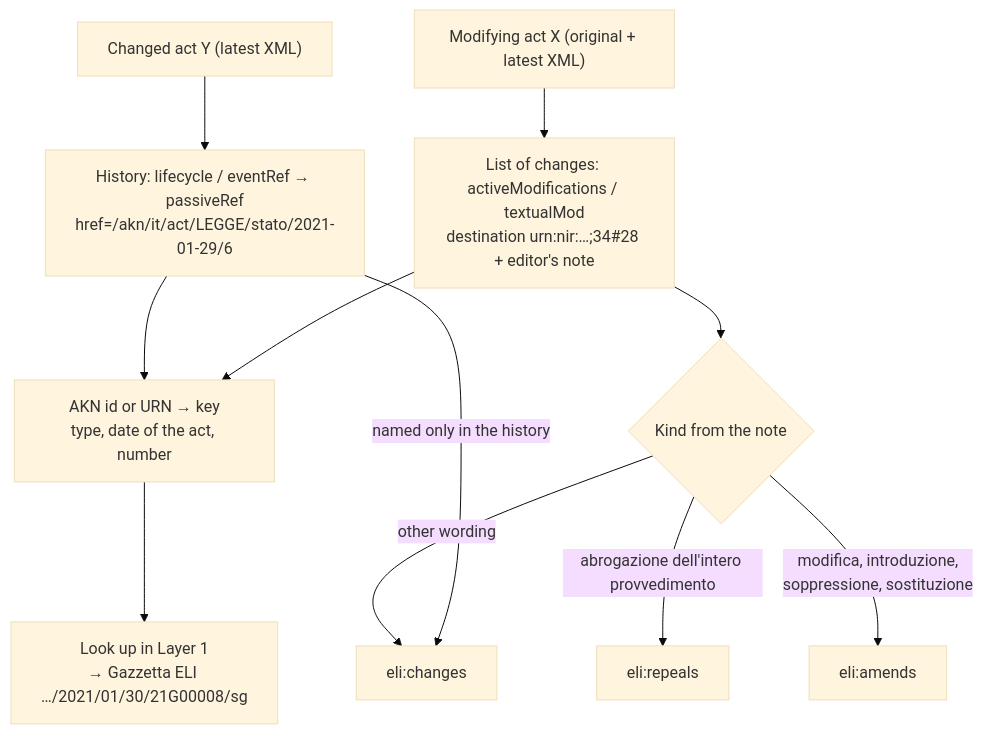
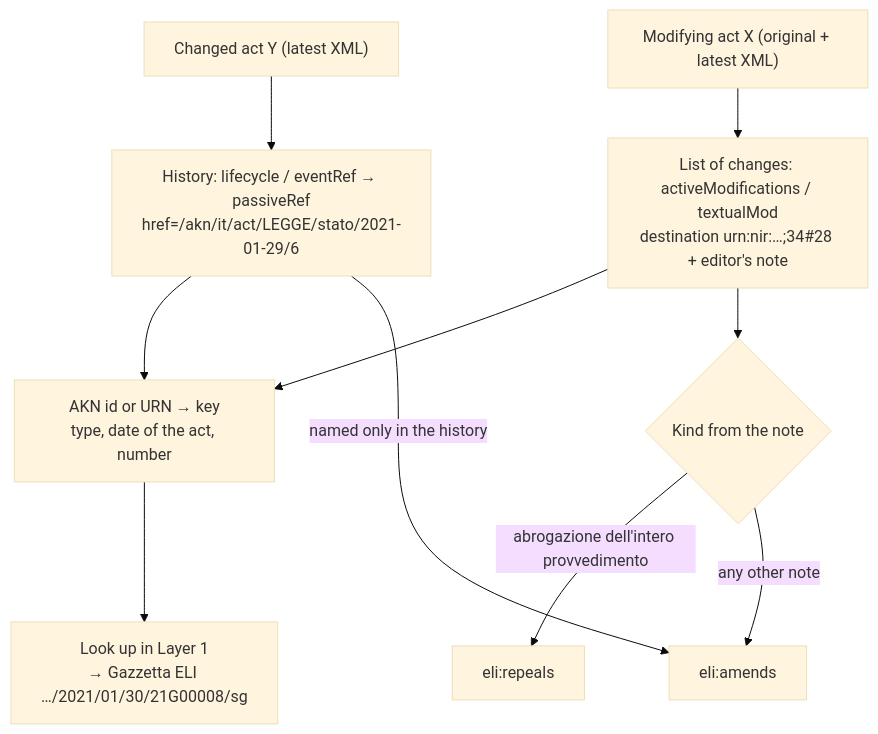
Before and after one commit to arvind088/Crawlar-gazzettaufficial: the third of 4 diagrams in ARCHITECTURE.md, drawn with Mermaid (base theme). The commit also changed other lines of this file and 28 other files, not shown here.

Commit message:
Merge changes into amends, add eli:commences and the version chain, hide future versions, repeal needs whole-act wording, clickable URN

````diff
--- a/ARCHITECTURE.md
+++ b/ARCHITECTURE.md
@@ -132,13 +135,12 @@
 ```mermaid
 flowchart TB
     Y["Changed act Y (latest XML)"] --> LC["History: lifecycle / eventRef → passiveRef<br/>href=/akn/it/act/LEGGE/stato/2021-01-29/6"]
     X["Modifying act X (original + latest XML)"] --> TM["List of changes: activeModifications / textualMod<br/>destination urn:nir:…;34#28 + editor's note"]
     LC --> K["AKN id or URN → key<br/>type, date of the act, number"]
     TM --> K
     K --> L1["Look up in Layer 1<br/>→ Gazzetta ELI …/2021/01/30/21G00008/sg"]
     TM --> P{Kind from the note}
     P -->|abrogazione dell'intero provvedimento| REP[eli:repeals]
-    P -->|modifica, introduzione,<br/>soppressione, sostituzione| AM[eli:amends]
-    P -->|other wording| CH[eli:changes]
-    LC -->|named only in the history| CH
+    P -->|any other note| AM[eli:amends]
+    LC -->|named only in the history| AM
 ```
````
